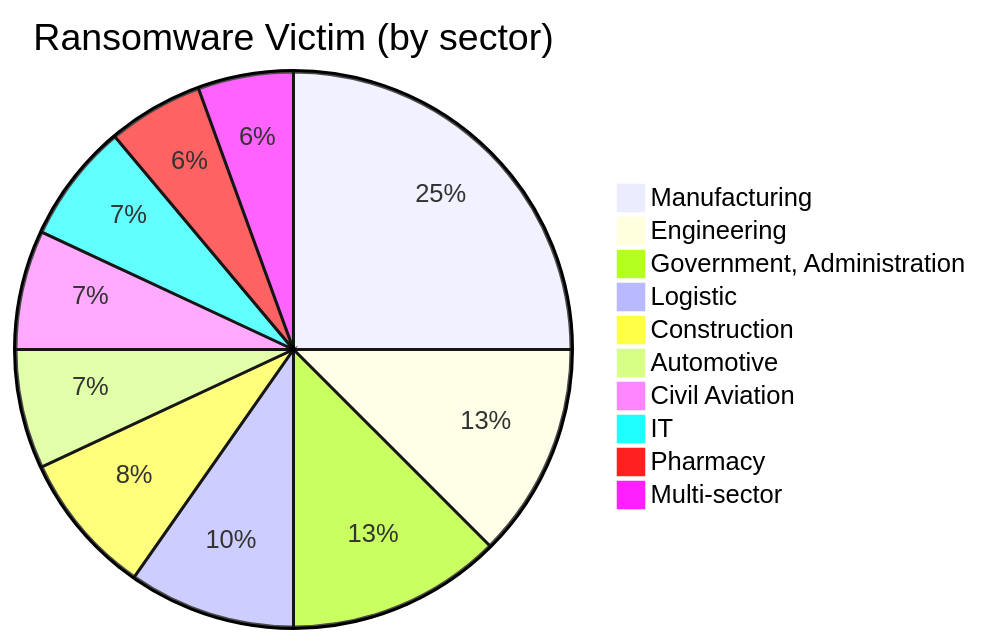
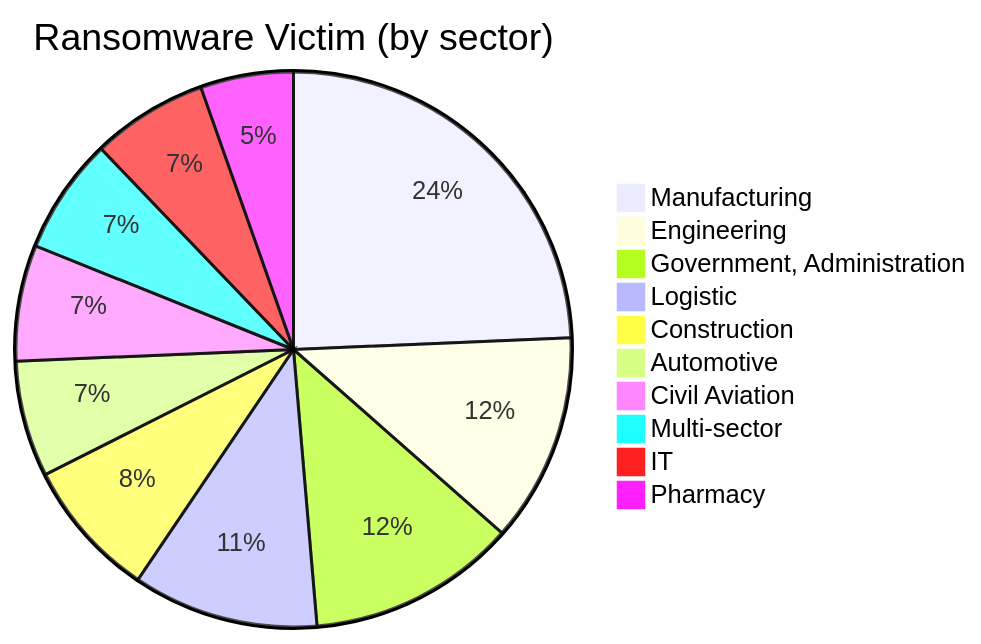
Before and after one commit to rectifyq/site: the fourth of 4 diagrams in content/MY Threat Landscape/ransomware.md, drawn with Mermaid. The commit also changed other lines of this file and 251 other files, not shown here.

````diff
--- a/content/MY Threat Landscape/ransomware.md
+++ b/content/MY Threat Landscape/ransomware.md
@@ -180,14 +182,14 @@
 ```mermaid
 pie title Ransomware Victim (by sector)
     "Manufacturing" : 18
     "Engineering" : 9
     "Government, Administration" : 9
-    "Logistic" : 7
+    "Logistic" : 8
     "Construction" : 6
     "Automotive" : 5
     "Civil Aviation" : 5
+    "Multi-sector" : 5       
      "IT" : 5
     "Pharmacy" : 4
-    "Multi-sector" : 4
 
 ```
````
